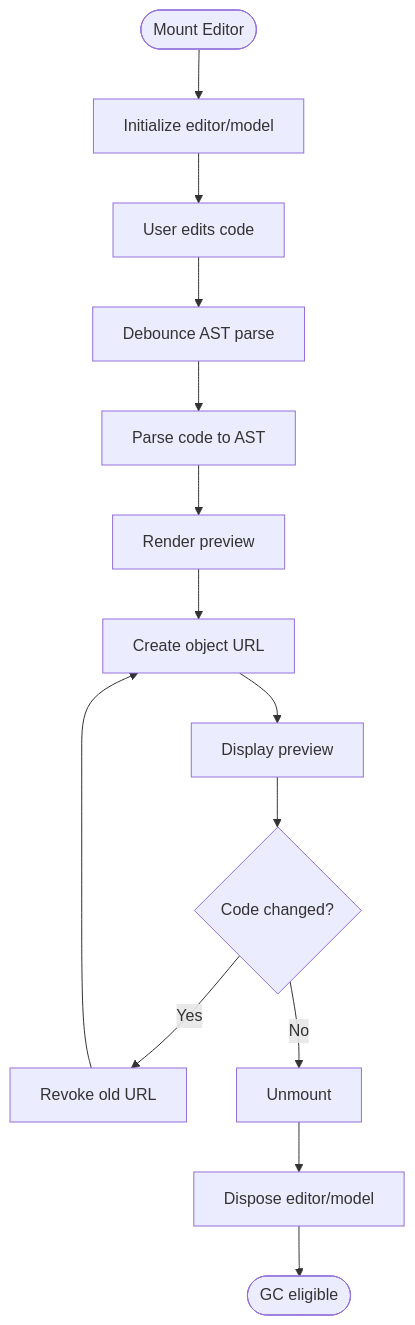
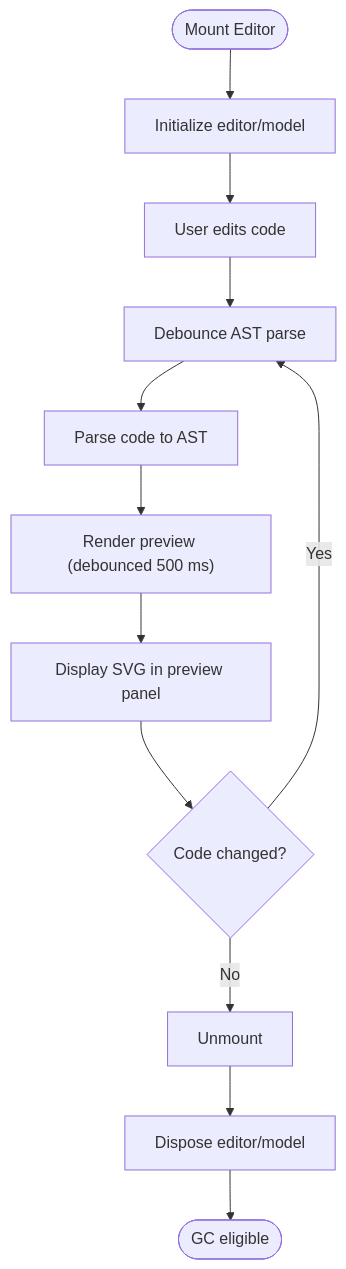
One commit to ongchonghian/universal-diagram-editor changed the third of 6 diagrams in .qoder/repowiki/en/content/Advanced Features/Performance Optimization.md. Above: the diagram before and after it, drawn with Mermaid. The commit also changed other lines of this file and 31 other files, not shown here.

````diff
--- a/.qoder/repowiki/en/content/Advanced Features/Performance Optimization.md
+++ b/.qoder/repowiki/en/content/Advanced Features/Performance Optimization.md
@@ -140,16 +143,14 @@
 ```mermaid
 flowchart TD
 Start(["Mount Editor"]) --> Init["Initialize editor/model"]
 Init --> Edit["User edits code"]
 Edit --> Debounce["Debounce AST parse"]
 Debounce --> Parse["Parse code to AST"]
-Parse --> Render["Render preview"]
-Render --> URL["Create object URL"]
-URL --> Use["Display preview"]
+Parse --> Render["Render preview (debounced 500 ms)"]
+Render --> Use["Display SVG in preview panel"]
 Use --> Change{"Code changed?"}
-Change --> |Yes| Revoke["Revoke old URL"]
-Revoke --> URL
+Change --> |Yes| Debounce
 Change --> |No| Cleanup["Unmount"]
 Cleanup --> Dispose["Dispose editor/model"]
 Dispose --> End(["GC eligible"])
 ```
````
